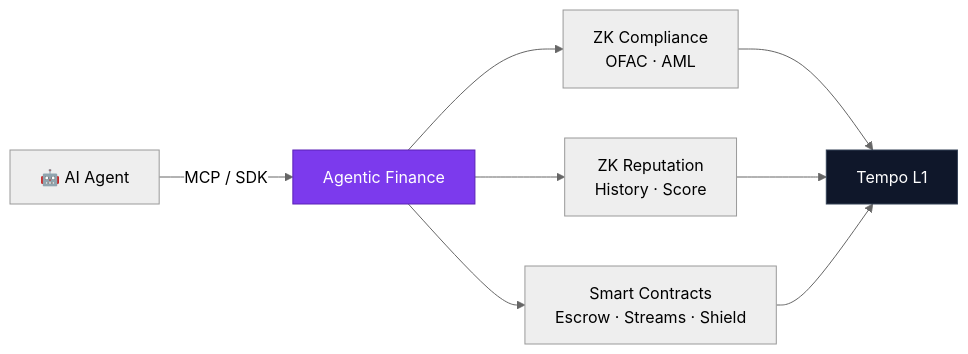
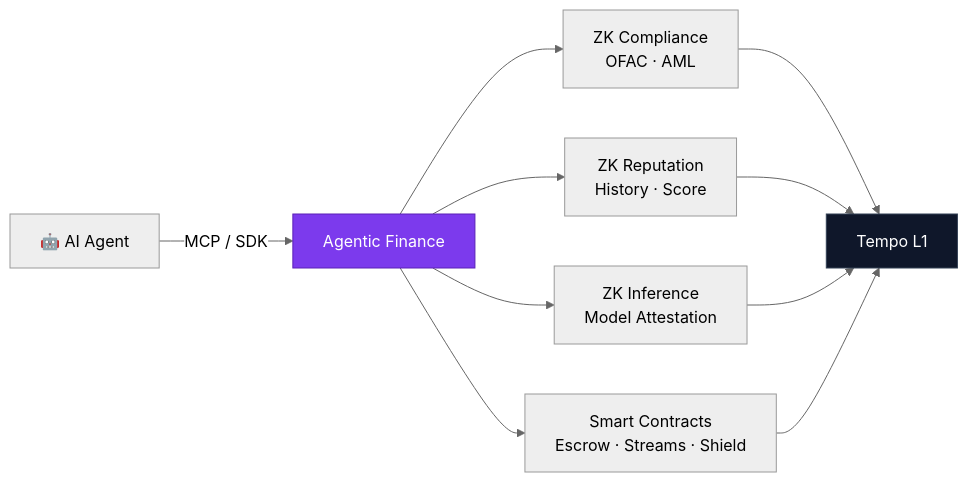
The diagram in README.md (Agentic-Finance/agentic-finance-protocol), drawn with Mermaid (neutral theme) before and after one commit. The commit also changed other lines of this file and 1 other file, not shown here.

````diff
--- a/README.md
+++ b/README.md
@@ -42,12 +42,14 @@
 ```mermaid
 graph LR
     A["🤖 AI Agent"] -->|MCP / SDK| B["Agentic Finance"]
     B --> C["ZK Compliance<br/>OFAC · AML"]
     B --> D["ZK Reputation<br/>History · Score"]
+    B --> G["ZK Inference<br/>Model Attestation"]
     B --> E["Smart Contracts<br/>Escrow · Streams · Shield"]
     C --> F["Tempo L1"]
     D --> F
+    G --> F
     E --> F
     style B fill:#7c3aed,stroke:#5b21b6,color:#fff
     style F fill:#0f172a,stroke:#334155,color:#fff
 ```
````
